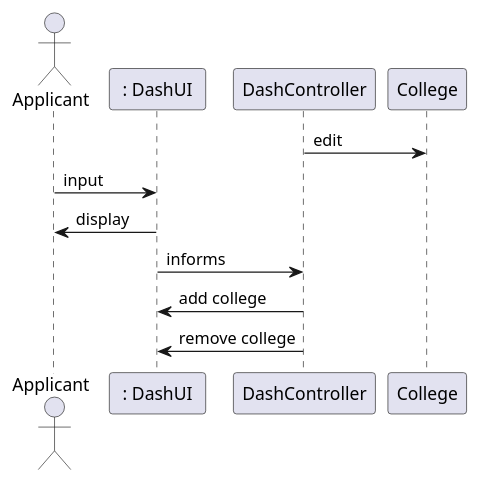
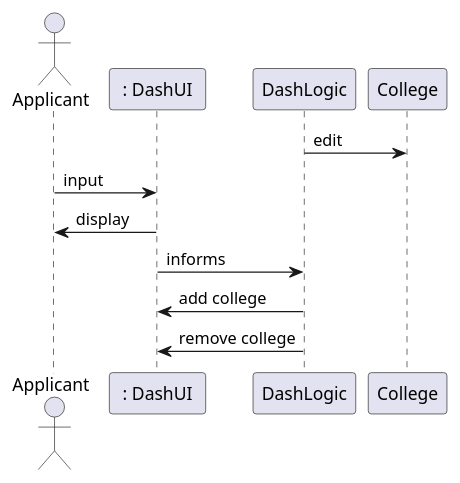
One commit to jlederer33/Essay-Review-App changed the first of 3 diagrams in intellij/doc/design.md. Above: the diagram before and after it, drawn with PlantUML. The commit also changed other lines of this file, not shown here.

Commit message:
Edited the diagrams.Replaced DashController with DashLogic.

````diff
--- a/intellij/doc/design.md
+++ b/intellij/doc/design.md
@@ -76,12 +4,12 @@
 ```plantuml
 actor Applicant as applicant
 participant " : DashUI " as DashUI
-DashController -> College : edit
+DashLogic -> College : edit
 applicant-> DashUI : input
 DashUI ->  applicant : display
-DashUI-> DashController : informs
-DashController-> DashUI : add college
-DashController-> DashUI : remove college
+DashUI-> DashLogic : informs
+DashLogic-> DashUI : add college
+DashLogic-> DashUI : remove college
 
 
 ```
````
